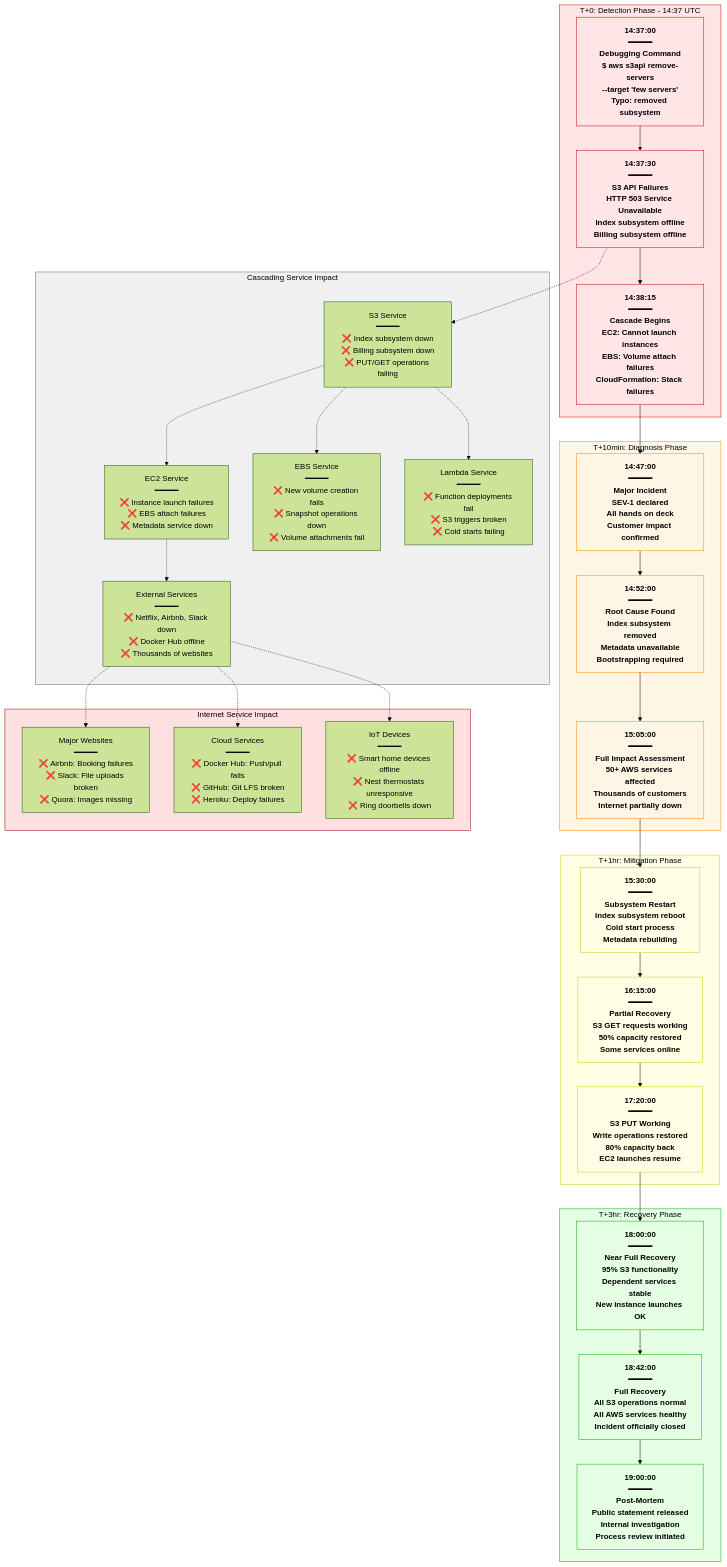
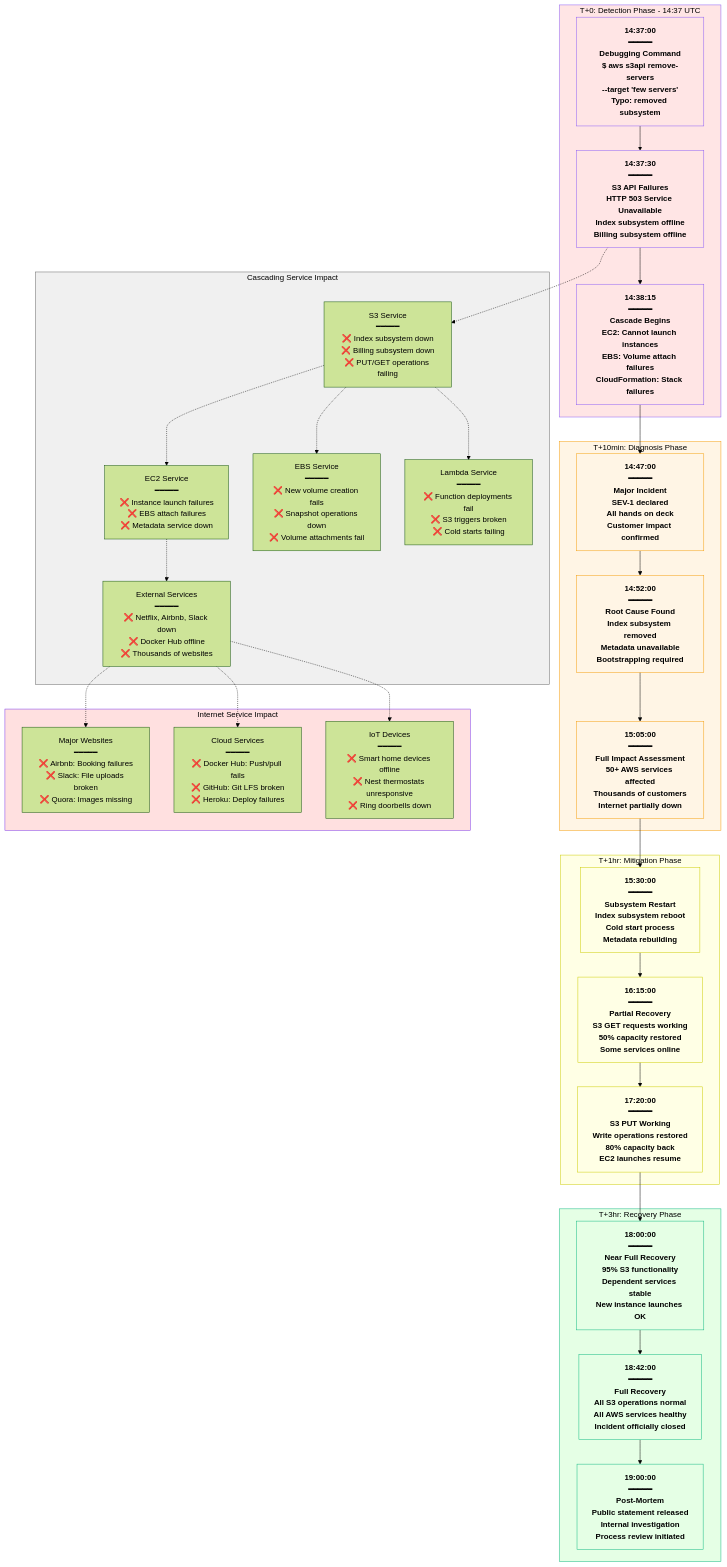
One commit to deepaucksharma/DS changed the first of 2 diagrams in site/docs/incidents/aws-s3-2017.md. Above: the diagram before and after it, drawn with Mermaid (forest theme). The commit also changed other lines of this file and 303 other files, not shown here.

````diff
--- a/site/docs/incidents/aws-s3-2017.md
+++ b/site/docs/incidents/aws-s3-2017.md
@@ -18,7 +18,7 @@
 ```mermaid
 graph TB
     subgraph Detection["T+0: Detection Phase - 14:37 UTC"]
-        style Detection fill:#FFE5E5,stroke:#CC0000,color:#000
+        style Detection fill:#FFE5E5,stroke:#8B5CF6,color:#000
 
         Start["14:37:00<br/>━━━━━<br/>Debugging Command<br/>$ aws s3api remove-servers<br/>--target 'few servers'<br/>Typo: removed subsystem"]
 
@@ -28,7 +28,7 @@
     end
 
     subgraph Diagnosis["T+10min: Diagnosis Phase"]
-        style Diagnosis fill:#FFF5E5,stroke:#FF8800,color:#000
+        style Diagnosis fill:#FFF5E5,stroke:#F59E0B,color:#000
 
         Incident["14:47:00<br/>━━━━━<br/>Major Incident<br/>SEV-1 declared<br/>All hands on deck<br/>Customer impact confirmed"]
 
@@ -48,7 +48,7 @@
     end
 
     subgraph Recovery["T+3hr: Recovery Phase"]
-        style Recovery fill:#E5FFE5,stroke:#00AA00,color:#000
+        style Recovery fill:#E5FFE5,stroke:#10B981,color:#000
 
         Recovery1["18:00:00<br/>━━━━━<br/>Near Full Recovery<br/>95% S3 functionality<br/>Dependent services stable<br/>New instance launches OK"]
 
@@ -74,7 +74,7 @@
 
     %% Internet Services Impact
     subgraph Internet["Internet Service Impact"]
-        style Internet fill:#FFE0E0,stroke:#990000,color:#000
+        style Internet fill:#FFE0E0,stroke:#7C3AED,color:#000
 
         WebsiteImpact["Major Websites<br/>━━━━━<br/>❌ Airbnb: Booking failures<br/>❌ Slack: File uploads broken<br/>❌ Quora: Images missing"]
 
@@ -107,14 +107,14 @@
     ExternalImpact -.-> IoTImpact
 
     %% Apply 4-plane architecture colors and timeline progression
-    classDef detectStyle fill:#FFE5E5,stroke:#CC0000,color:#000,font-weight:bold
-    classDef diagnoseStyle fill:#FFF5E5,stroke:#FF8800,color:#000,font-weight:bold
+    classDef detectStyle fill:#FFE5E5,stroke:#8B5CF6,color:#000,font-weight:bold
+    classDef diagnoseStyle fill:#FFF5E5,stroke:#F59E0B,color:#000,font-weight:bold
     classDef mitigateStyle fill:#FFFFE5,stroke:#CCCC00,color:#000,font-weight:bold
-    classDef recoverStyle fill:#E5FFE5,stroke:#00AA00,color:#000,font-weight:bold
-    classDef edgeStyle fill:#0066CC,color:#fff
-    classDef serviceStyle fill:#00AA00,color:#fff
-    classDef stateStyle fill:#FF8800,color:#fff
-    classDef controlStyle fill:#CC0000,color:#fff
+    classDef recoverStyle fill:#E5FFE5,stroke:#10B981,color:#000,font-weight:bold
+    classDef edgeStyle fill:#3B82F6,color:#fff
+    classDef serviceStyle fill:#10B981,color:#fff
+    classDef stateStyle fill:#F59E0B,color:#fff
+    classDef controlStyle fill:#8B5CF6,color:#fff
 
     class Start,Alert1,Alert2 detectStyle
     class Incident,RootCause,Impact diagnoseStyle
````
